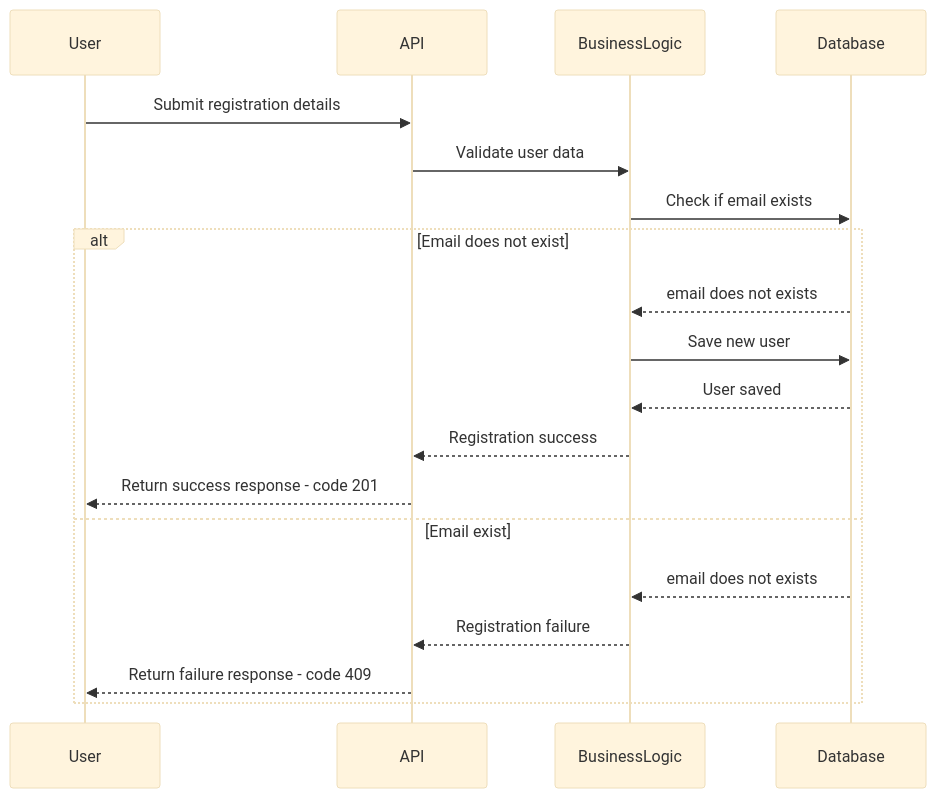
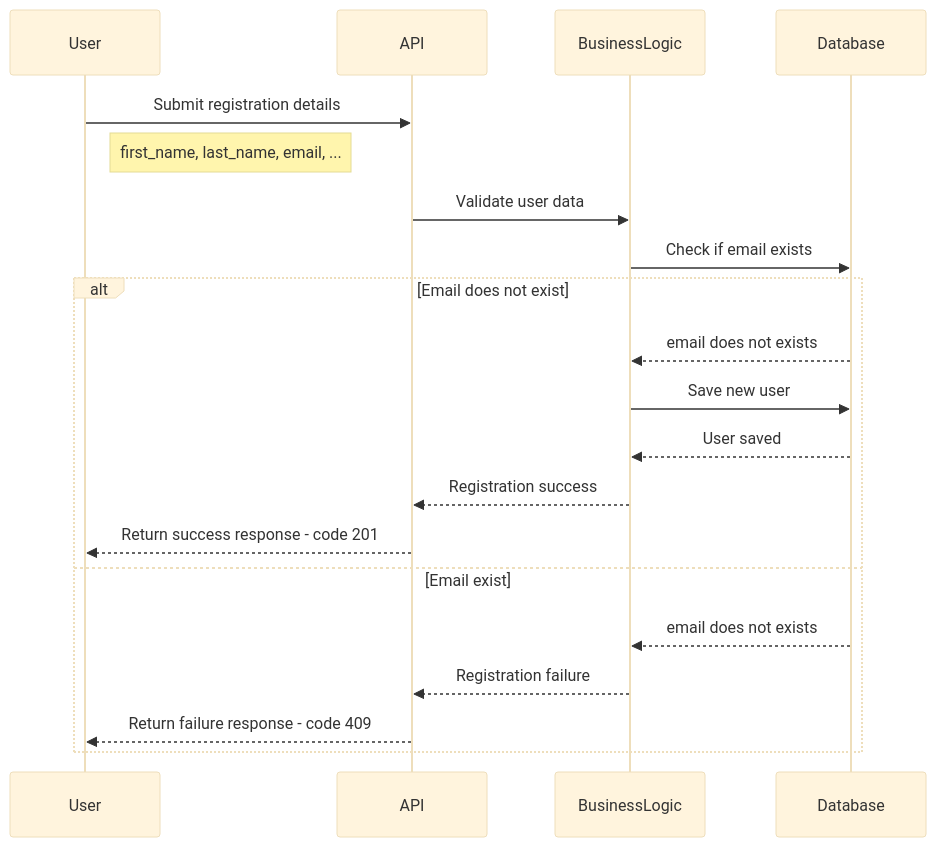
The diagram in 2.User.md (Basco64/HBNB_UML), drawn with Mermaid (base theme) before and after one commit.

````diff
--- a/2.User.md
+++ b/2.User.md
@@ -1,25 +1,26 @@
 ```mermaid
 sequenceDiagram
 
     participant User
     participant API
     participant BusinessLogic
     participant Database
 
     User->>API: Submit registration details
+    note right of User: first_name, last_name, email, ...
     API->>BusinessLogic: Validate user data
     
     BusinessLogic->>Database: Check if email exists
 
     alt Email does not exist
         Database-->>BusinessLogic: email does not exists
         BusinessLogic->>Database: Save new user
         Database-->>BusinessLogic: User saved
         BusinessLogic-->>API: Registration success
         API-->>User: Return success response - code 201
     else Email exist
         Database-->>BusinessLogic: email does not exists
         BusinessLogic-->>API: Registration failure
         API-->>User: Return failure response - code 409
     end
 ```
````
